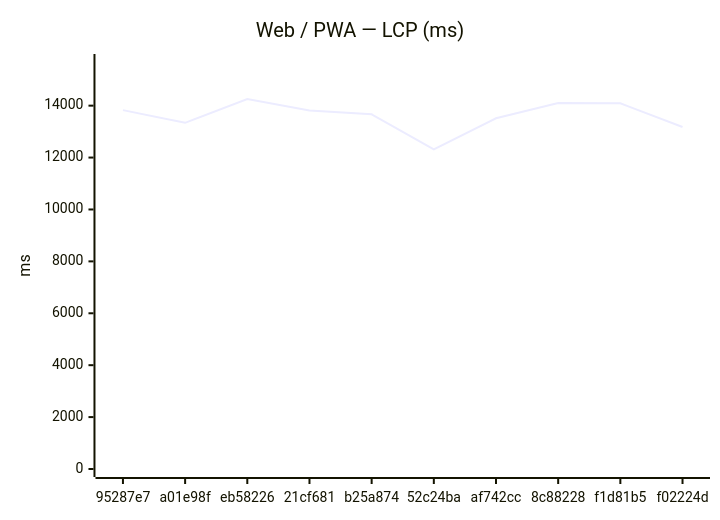
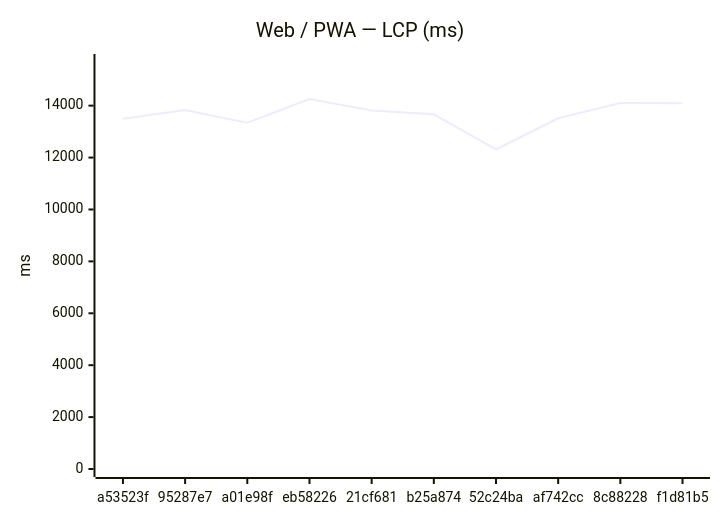
The first of 18 diagrams in benchmarks/compare.md (Metaheurist/Rianell), drawn with Mermaid before and after one commit. The commit also changed other lines of this file and 11 other files, not shown here.

````diff
--- a/benchmarks/compare.md
+++ b/benchmarks/compare.md
@@ -24,7 +24,7 @@
 ```mermaid
 xychart-beta
     title "Web / PWA — LCP (ms)"
-    x-axis ["95287e7", "a01e98f", "eb58226", "21cf681", "b25a874", "52c24ba", "af742cc", "8c88228", "f1d81b5", "f02224d"]
+    x-axis ["a53523f", "95287e7", "a01e98f", "eb58226", "21cf681", "b25a874", "52c24ba", "af742cc", "8c88228", "f1d81b5"]
     y-axis "ms" 0 --> 15682
-    line [13828, 13339, 14256, 13811, 13665, 12311, 13514, 14099, 14091, 13178]
+    line [13497, 13828, 13339, 14256, 13811, 13665, 12311, 13514, 14099, 14091]
 ```
````
